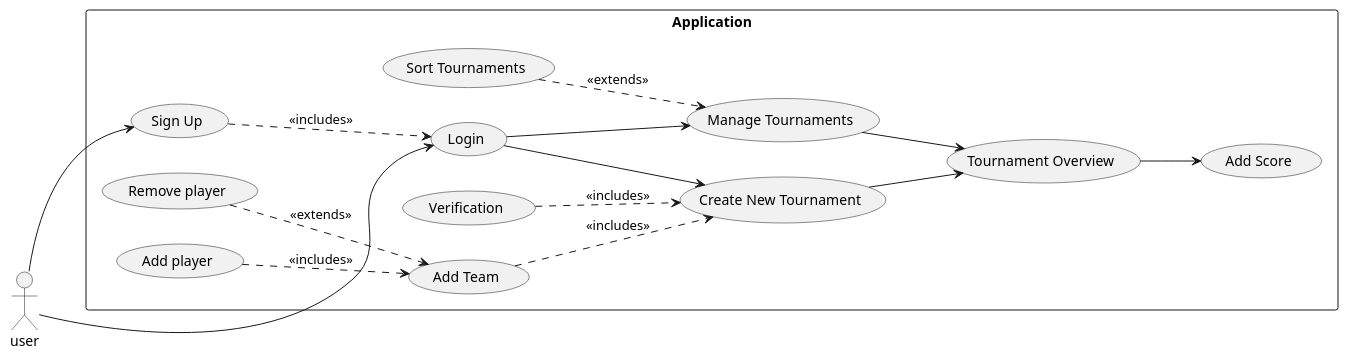
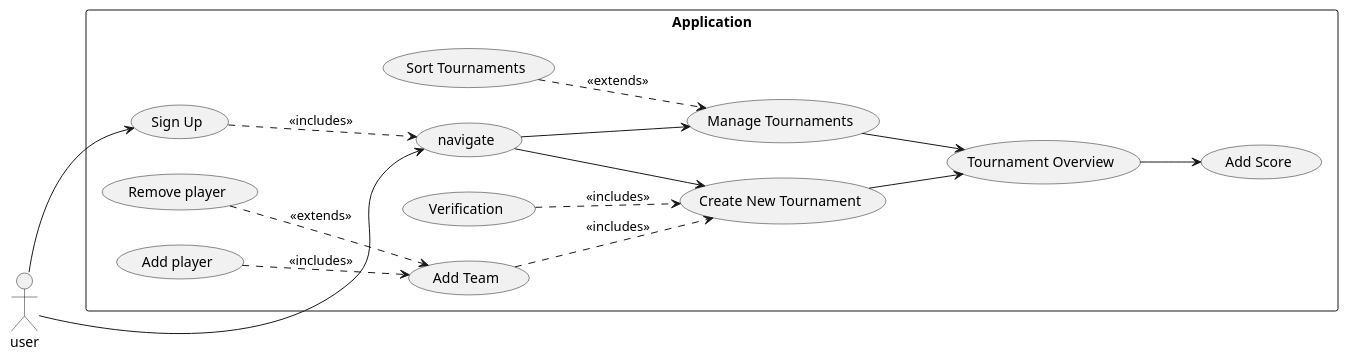
The diagram in ProjektUML/Usecase-Diagram.wsd (itzMesh/DCST1008-Prosjekt), drawn with PlantUML before and after one commit. The commit also changed 9 other files, not shown here.

```diff
--- a/ProjektUML/Usecase-Diagram.wsd
+++ b/ProjektUML/Usecase-Diagram.wsd
@@ -1,32 +1,32 @@
 @startuml Usecase
 left to right direction
 :user:
 rectangle Application{
     usecase "Sign Up" as SU
-    usecase "Login" as LG
+    usecase "navigate" as LG
     usecase "Manage Tournaments" as MT
     usecase "Create New Tournament" as CTM
     usecase "Add player" as AP
     usecase "Remove player" as RM
     usecase "Add Team" as AT
     usecase "Sort Tournaments" as S
     usecase "Tournament Overview" as TO
     usecase "Add Score" as AS
     usecase "Verification" as V
 }
 user --> SU
 user --> LG
 
 SU ..> LG: <<includes>>
 LG --> MT
 LG --> CTM
 AT ..> CTM: <<includes>>
 AP ..> AT: <<includes>>
 RM ..> AT: <<extends>>
 S ..> MT: <<extends>>
 MT --> TO
 CTM --> TO
 V ..> CTM: <<includes>>
 TO --> AS
 
 @enduml
```
